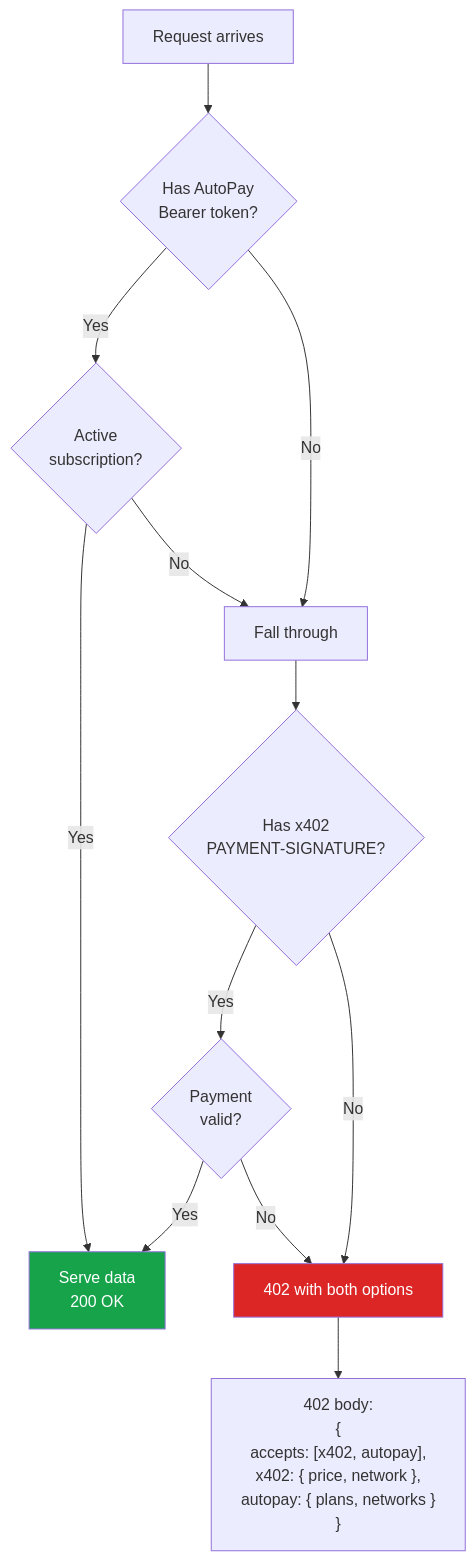
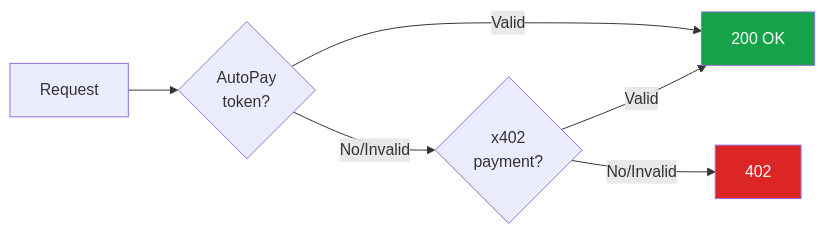
One commit to apeoverflow/Auto-Pay-Protocol changed diagram 12 of 12 in documentation/AGENT_ARCHITECTURE.md. Above: the diagram before and after it, drawn with Mermaid. The commit also changed other lines of this file, not shown here.

````diff
--- a/documentation/AGENT_ARCHITECTURE.md
+++ b/documentation/AGENT_ARCHITECTURE.md
@@ -517,20 +593,11 @@
 ```mermaid
-flowchart TD
-    A[Request arrives] --> B{Has AutoPay<br/>Bearer token?}
-    B -->|Yes| C{Active<br/>subscription?}
-    C -->|Yes| D[Serve data<br/>200 OK]
-    C -->|No| E[Fall through]
+flowchart LR
+    A[Request] --> B{AutoPay<br/>token?}
+    B -->|Valid| C[200 OK]
+    B -->|No/Invalid| D{x402<br/>payment?}
+    D -->|Valid| C
+    D -->|No/Invalid| E[402]
 
-    B -->|No| E
-    E --> F{Has x402<br/>PAYMENT-SIGNATURE?}
-    F -->|Yes| G{Payment<br/>valid?}
-    G -->|Yes| D
-    G -->|No| H[402 with both options]
-
-    F -->|No| H
-
-    H --> I["402 body:<br/>{<br/>  accepts: [x402, autopay],<br/>  x402: { price, network },<br/>  autopay: { plans, networks }<br/>}"]
-
-    style D fill:#16A34A,color:#fff
-    style H fill:#dc2626,color:#fff
+    style C fill:#16A34A,color:#fff
+    style E fill:#dc2626,color:#fff
 ```
````
